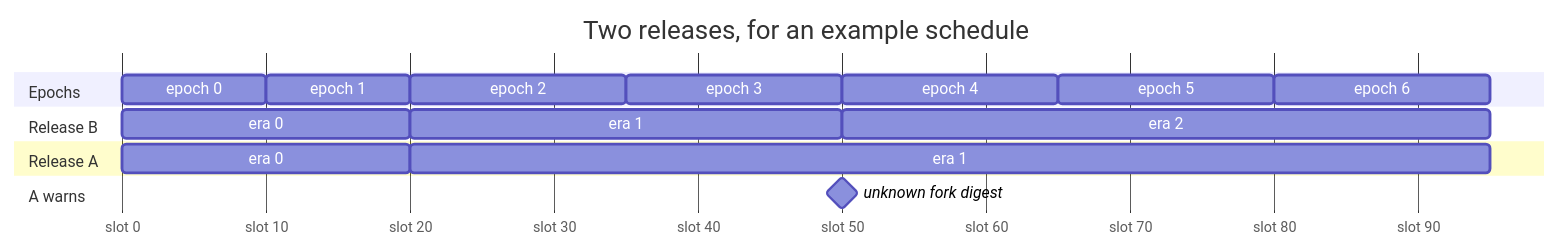
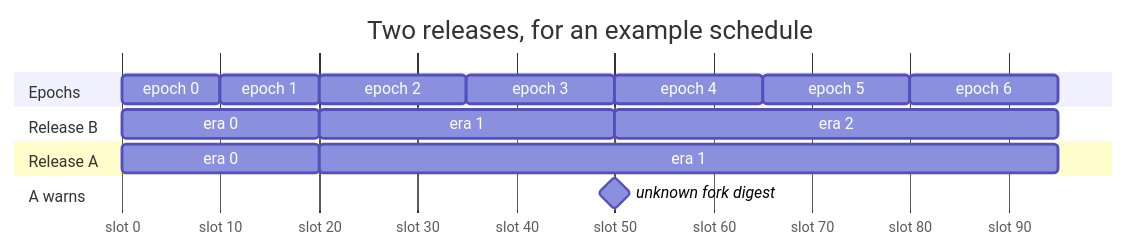
Before and after one commit to logos-co/logos-lips: the fourth of 7 diagrams in docs/blockchain/raw/bedrock-eras.md, drawn with Mermaid. The commit also changed other lines of this file, not shown here.

Commit message:
docs(blockchain): fix the layout width of the Overview gantt charts so labels do not overlap in narrow views

````diff
--- a/docs/blockchain/raw/bedrock-eras.md
+++ b/docs/blockchain/raw/bedrock-eras.md
@@ -124,28 +127,31 @@
 ```mermaid
 ---
 displayMode: compact
+config:
+  gantt:
+    useWidth: 800
 ---
 gantt
     title Two releases, for an example schedule
     dateFormat X
     axisFormat slot %s
     tickInterval 10second
     todayMarker off
     section Epochs
         epoch 0 : p0, 0, 10s
         epoch 1 : p1, after p0, 10s
         epoch 2 : p2, after p1, 15s
         epoch 3 : p3, after p2, 15s
         epoch 4 : p4, after p3, 15s
         epoch 5 : p5, after p4, 15s
         epoch 6 : p6, after p5, 15s
     section Release B
         era 0 : b0, 0, 20s
         era 1 : b1, after b0, 30s
         era 2 : b2, after b1, 45s
     section Release A
         era 0 : a0, 0, 20s
         era 1 : a1, after a0, 75s
     section A warns
         unknown fork digest : milestone, w1, after b1, 0s
 ```
````
